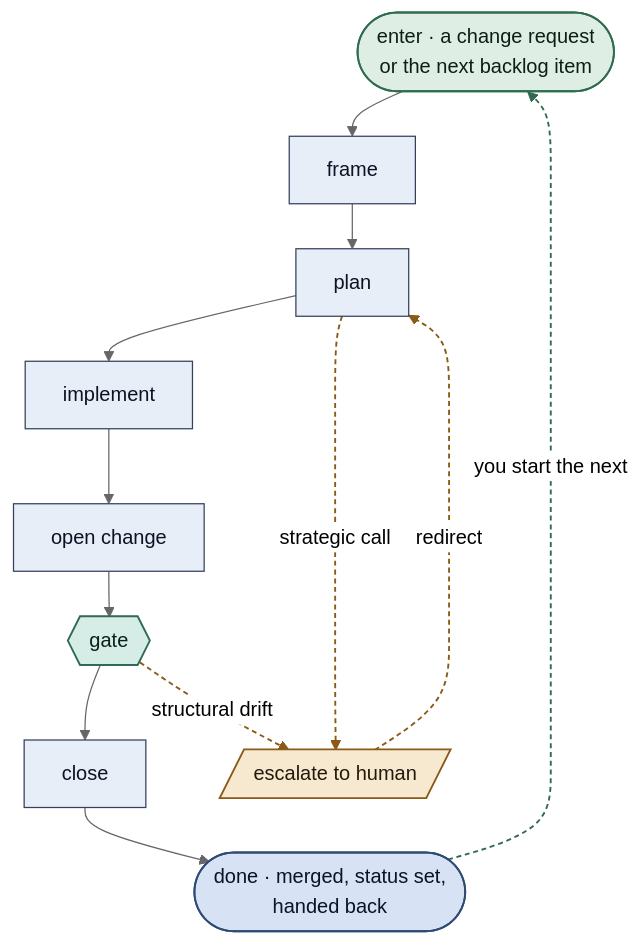
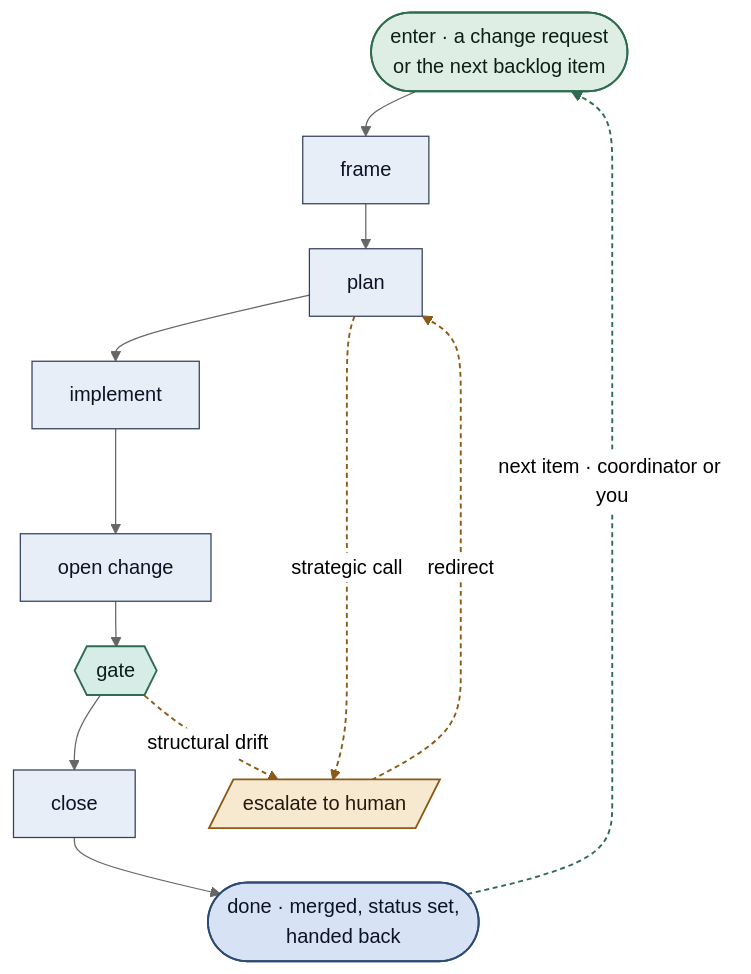
One commit to innovestrum/keelson changed the first of 7 diagrams in README.md. Above: the diagram before and after it, drawn with Mermaid (neutral theme). The commit also changed other lines of this file and 15 other files, not shown here.

````diff
--- a/README.md
+++ b/README.md
@@ -28,23 +28,23 @@
 ```mermaid
 %%{init: {"flowchart": {"diagramPadding": 22, "nodeSpacing": 40, "rankSpacing": 36}}}%%
 flowchart TD
   S([enter · a change request<br/>or the next backlog item]) --> F
   F[frame] --> P[plan] --> I[implement] --> O[open change] --> G{{gate}} --> C[close]
   C --> D([done · merged, status set,<br/>handed back])
-  D -. you start the next .-> S
+  D -. next item · coordinator or you .-> S
   P -. strategic call .-> H[/escalate to human/]
   G -. structural drift .-> H
   H -. redirect .-> P
   classDef step fill:#e8eef7,stroke:#33415c,color:#0b1324,stroke-width:1px;
   classDef enter fill:#dfeee4,stroke:#2f6b4f,color:#0b1f16,stroke-width:1.5px;
   classDef done fill:#d7e3f4,stroke:#2c4a73,color:#0b1324,stroke-width:1.5px;
   classDef gate fill:#d6ece6,stroke:#2f6b53,color:#0b1f16,stroke-width:1.5px;
   classDef human fill:#f7e9d0,stroke:#8a5a16,color:#241a0b,stroke-width:1.5px;
   class F,P,I,O,C step;
   class S enter;
   class D done;
   class G gate;
   class H human;
   linkStyle 7 stroke:#2f6b4f,stroke-width:1.5px,stroke-dasharray:4 3;
   linkStyle 8,9,10 stroke:#8a5a16,stroke-width:1.5px,stroke-dasharray:4 3;
 ```
````
